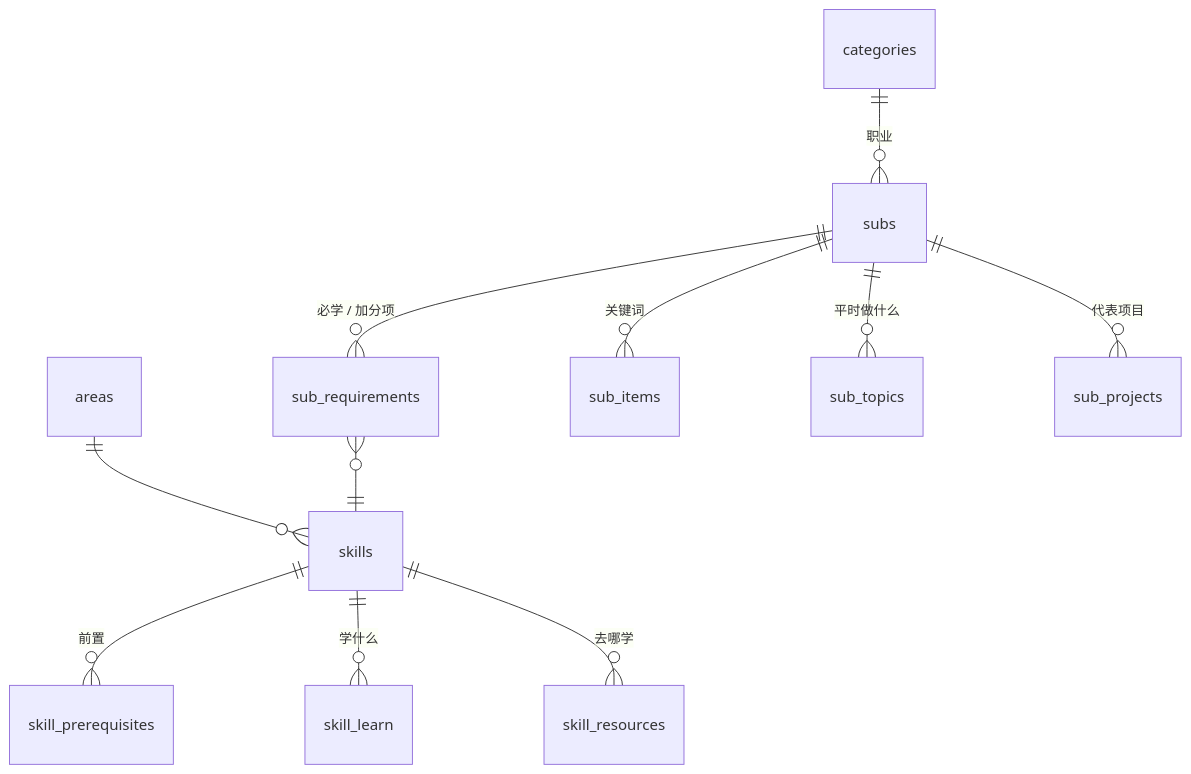
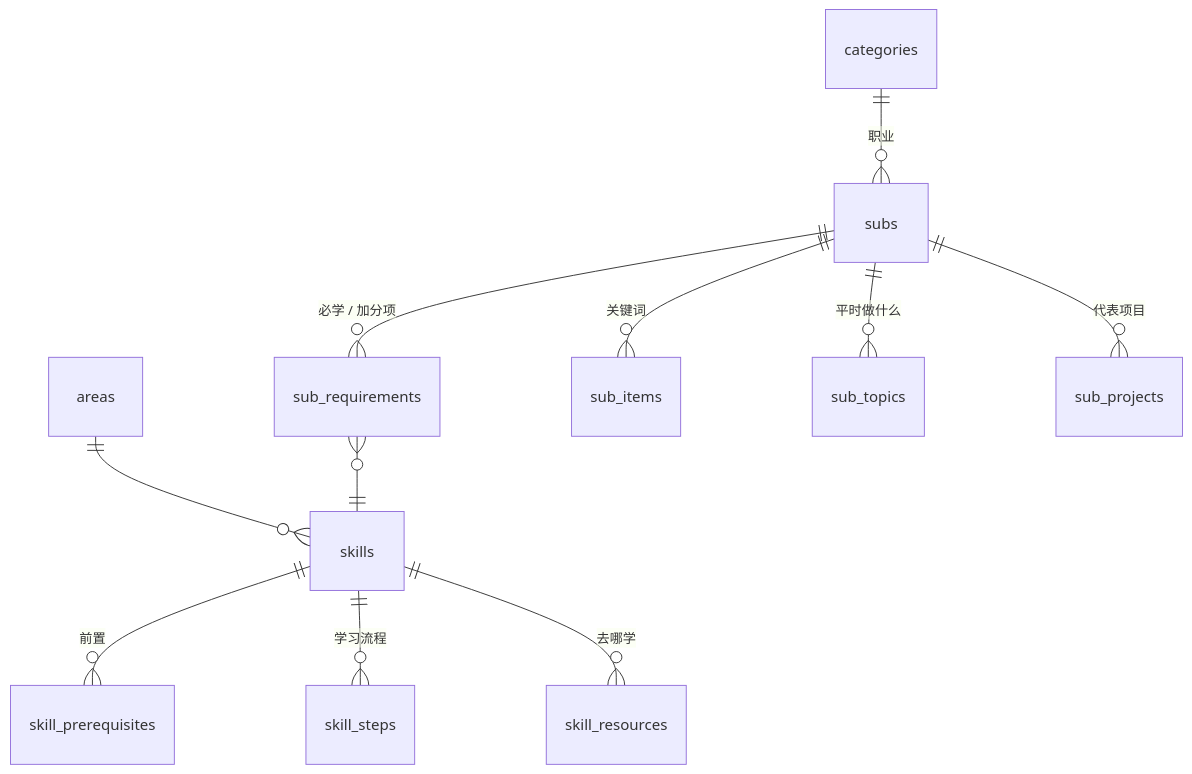
Before and after one commit to theowang42/cs-skill-tree: the diagram in docs/ARCHITECTURE.md, drawn with Mermaid. The commit also changed other lines of this file and 24 other files, not shown here.

First line of the commit message:
Give each skill a learning flow whose steps can be lit one by one

````diff
--- a/docs/ARCHITECTURE.md
+++ b/docs/ARCHITECTURE.md
@@ -42,13 +42,13 @@
 ```mermaid
 erDiagram
   areas ||--o{ skills : ""
   skills ||--o{ skill_prerequisites : "前置"
-  skills ||--o{ skill_learn : "学什么"
+  skills ||--o{ skill_steps : "学习流程"
   skills ||--o{ skill_resources : "去哪学"
   categories ||--o{ subs : "职业"
   subs ||--o{ sub_requirements : "必学 / 加分项"
   sub_requirements }o--|| skills : ""
   subs ||--o{ sub_items : "关键词"
   subs ||--o{ sub_topics : "平时做什么"
   subs ||--o{ sub_projects : "代表项目"
 ```
````
